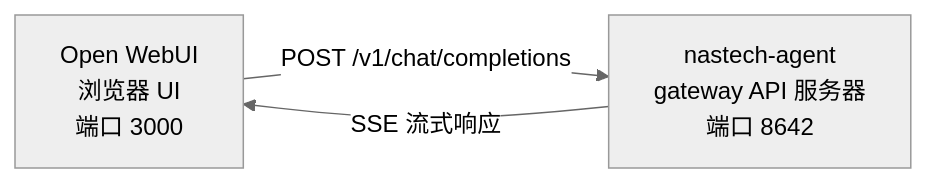
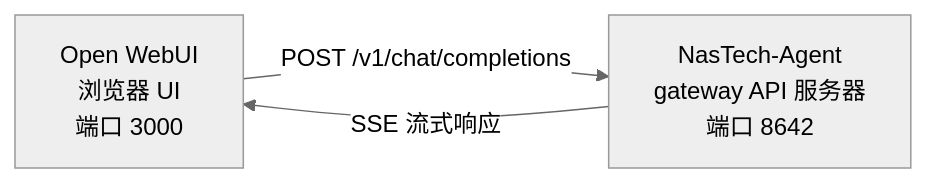
One commit to nastechai/nastech-agent changed the diagram in website/i18n/zh-Hans/docusaurus-plugin-content-docs/current/user-guide/messaging/open-webui.md. Above: the diagram before and after it, drawn with Mermaid (neutral theme). The commit also changed other lines of this file and 7159 other files, not shown here.

First line of the commit message:
NasTech Updates from Source End: Initial branded snapshot from upstream source

````diff
--- a/website/i18n/zh-Hans/docusaurus-plugin-content-docs/current/user-guide/messaging/open-webui.md
+++ b/website/i18n/zh-Hans/docusaurus-plugin-content-docs/current/user-guide/messaging/open-webui.md
@@ -13,7 +13,7 @@
 ```mermaid
 flowchart LR
     A["Open WebUI<br/>浏览器 UI<br/>端口 3000"]
-    B["nastech-agent<br/>gateway API 服务器<br/>端口 8642"]
+    B["NasTech-Agent<br/>gateway API 服务器<br/>端口 8642"]
     A -->|POST /v1/chat/completions| B
     B -->|SSE 流式响应| A
 ```
````
